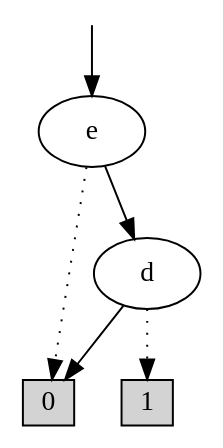
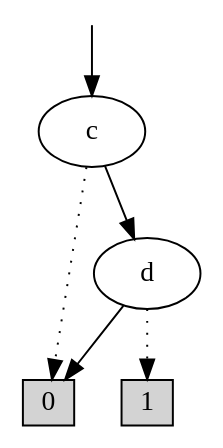
One commit to sybila/biodivine-lib-bdd changed the diagram in test_results/bdd_to_dot.dot. Above: the diagram before and after it, drawn with Graphviz. The commit also changed 1 other file, not shown here.

```diff
--- a/test_results/bdd_to_dot.dot
+++ b/test_results/bdd_to_dot.dot
@@ -1,12 +1,12 @@
 digraph G {
 init__ [label="", style=invis, height=0, width=0];
 init__ -> 3;
 0 [shape=box, label="0", style=filled, shape=box, height=0.3, width=0.3];
 1 [shape=box, label="1", style=filled, shape=box, height=0.3, width=0.3];
 2[label="d"];
 2 -> 0 [style=filled];
 2 -> 1 [style=dotted];
-3[label="e"];
+3[label="c"];
 3 -> 2 [style=filled];
 3 -> 0 [style=dotted];
 }
```
